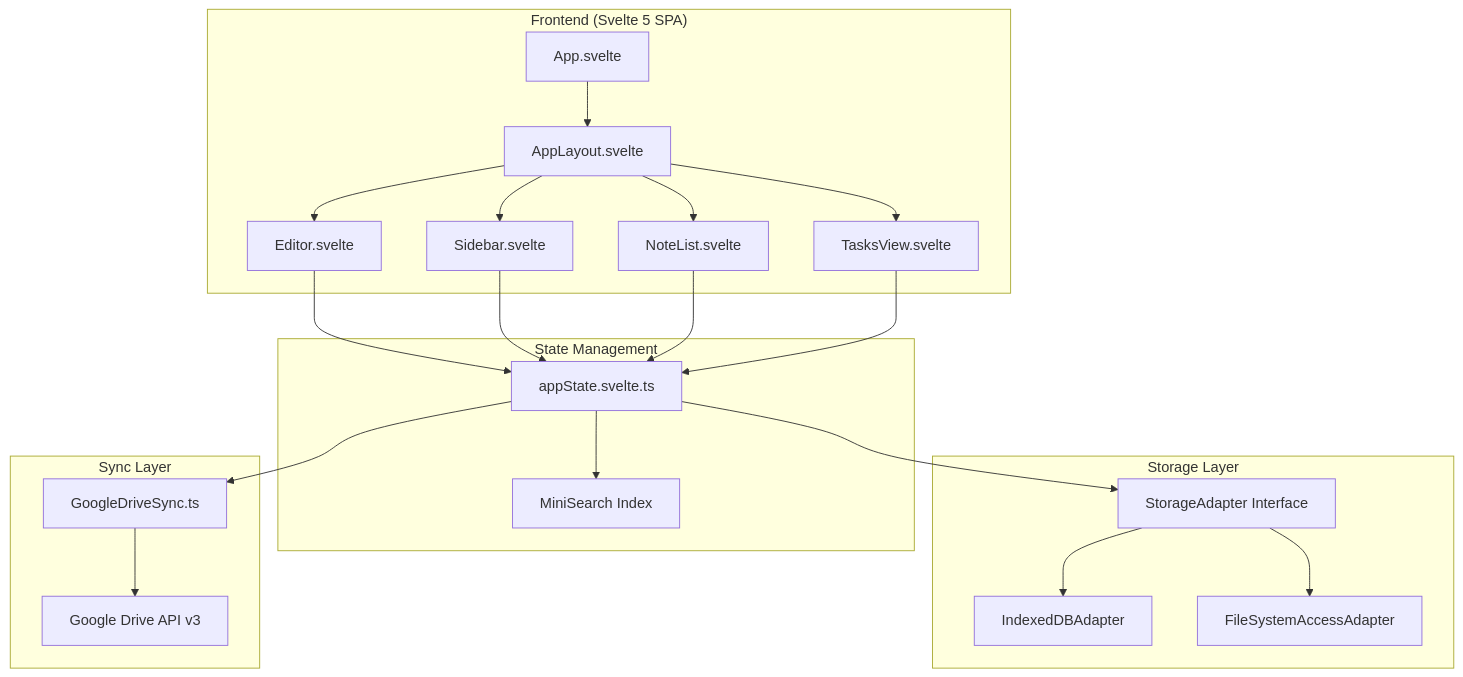
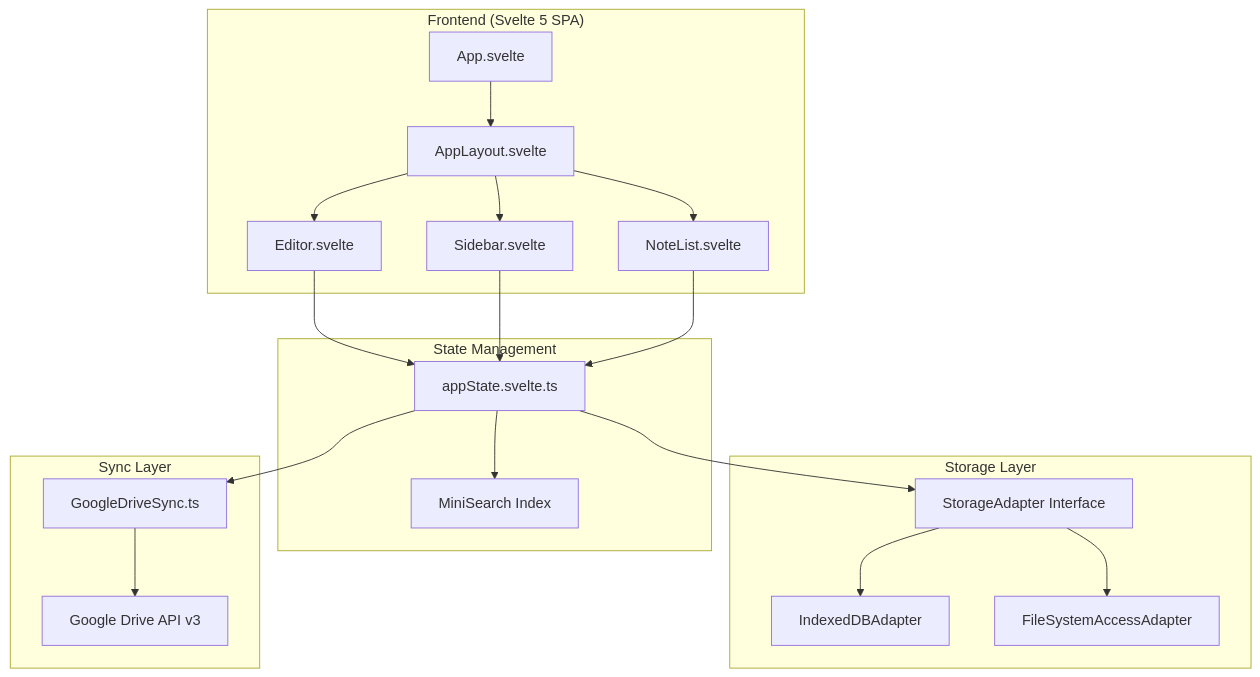
The first of 6 diagrams in PROJECT_CONTEXT.md (Piyushingle007/myNotes), drawn with Mermaid before and after one commit. The commit also changed other lines of this file and 10 other files, not shown here.

````diff
--- a/PROJECT_CONTEXT.md
+++ b/PROJECT_CONTEXT.md
@@ -51,46 +50,43 @@
 ```mermaid
 graph TB
     subgraph "Frontend (Svelte 5 SPA)"
         App[App.svelte]
         AppLayout[AppLayout.svelte]
         Editor[Editor.svelte]
         Sidebar[Sidebar.svelte]
         NoteList[NoteList.svelte]
-        TasksView[TasksView.svelte]
     end
     
     subgraph "State Management"
         AppState[appState.svelte.ts]
         MiniSearch[MiniSearch Index]
     end
     
     subgraph "Storage Layer"
         StorageAdapter[StorageAdapter Interface]
         IndexedDB[IndexedDBAdapter]
         FileSystem[FileSystemAccessAdapter]
     end
     
     subgraph "Sync Layer"
         GoogleDriveSync[GoogleDriveSync.ts]
         DriveAPI[Google Drive API v3]
     end
     
     App --> AppLayout
     AppLayout --> Sidebar
     AppLayout --> NoteList
     AppLayout --> Editor
-    AppLayout --> TasksView
     
     Editor --> AppState
     Sidebar --> AppState
     NoteList --> AppState
-    TasksView --> AppState
     
     AppState --> StorageAdapter
     AppState --> MiniSearch
     AppState --> GoogleDriveSync
     
     StorageAdapter --> IndexedDB
     StorageAdapter --> FileSystem
     GoogleDriveSync --> DriveAPI
 ```
````
